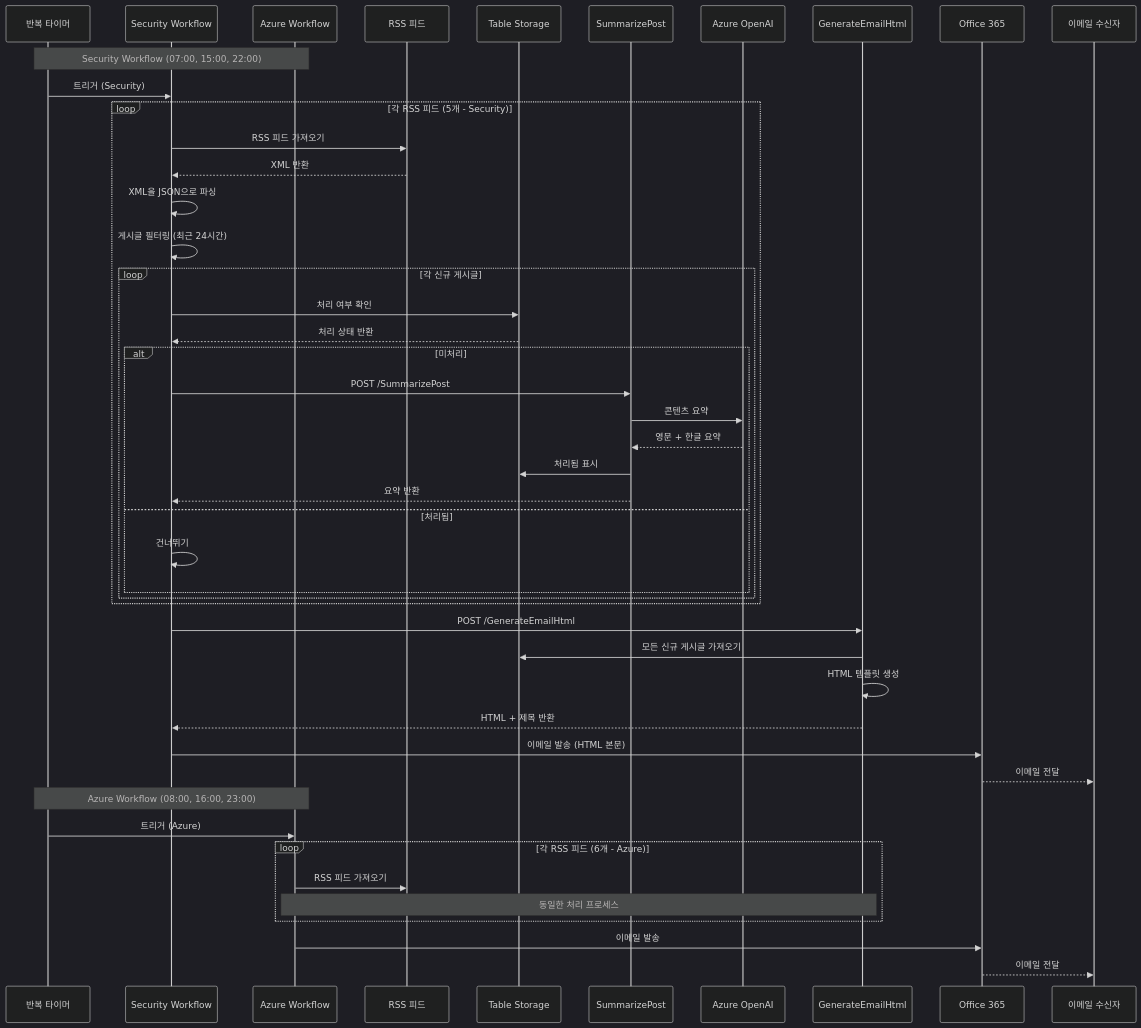
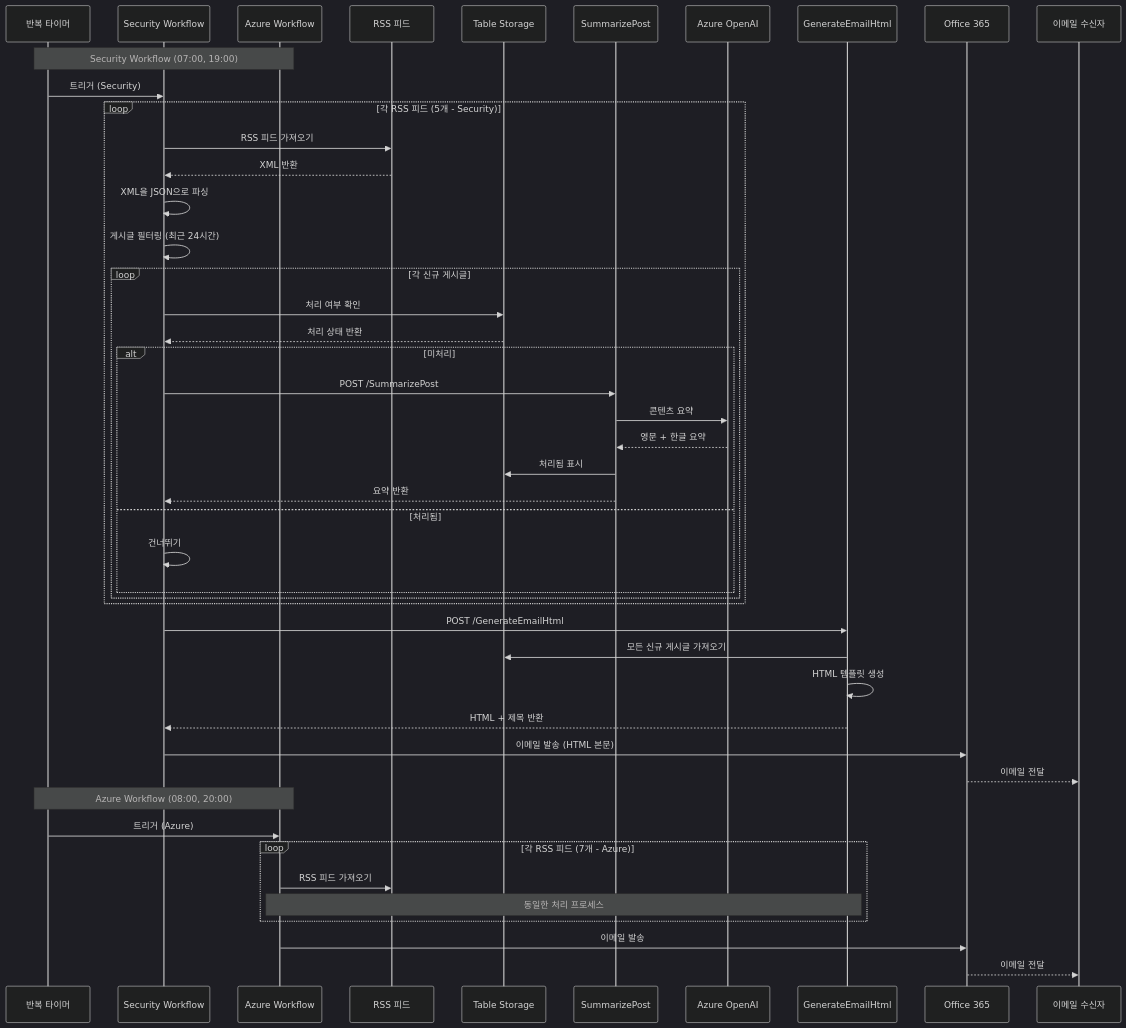
Before and after one commit to zer0big/azure-security-blog-automation: the third of 4 diagrams in docs/아키텍처.md, drawn with Mermaid (dark theme). The commit also changed other lines of this file and 9 other files, not shown here.

````diff
--- a/docs/아키텍처.md
+++ b/docs/아키텍처.md
@@ -163,56 +164,56 @@
 ```mermaid
 sequenceDiagram
     participant Timer as 반복 타이머
     participant LA1 as Security Workflow
     participant LA2 as Azure Workflow
     participant RSS as RSS 피드
     participant TS as Table Storage
     participant F1 as SummarizePost
     participant AOAI as Azure OpenAI
     participant F2 as GenerateEmailHtml
     participant O365 as Office 365
     participant User as 이메일 수신자
     
-    Note over Timer,LA2: Security Workflow (07:00, 15:00, 22:00)
+    Note over Timer,LA2: Security Workflow (07:00, 19:00)
     Timer->>LA1: 트리거 (Security)
     
     loop 각 RSS 피드 (5개 - Security)
         LA1->>RSS: RSS 피드 가져오기
         RSS-->>LA1: XML 반환
         LA1->>LA1: XML을 JSON으로 파싱
         LA1->>LA1: 게시글 필터링 (최근 24시간)
         
         loop 각 신규 게시글
             LA1->>TS: 처리 여부 확인
             TS-->>LA1: 처리 상태 반환
             
             alt 미처리
                 LA1->>F1: POST /SummarizePost
                 F1->>AOAI: 콘텐츠 요약
                 AOAI-->>F1: 영문 + 한글 요약
                 F1->>TS: 처리됨 표시
                 F1-->>LA1: 요약 반환
             else 처리됨
                 LA1->>LA1: 건너뛰기
             end
         end
     end
     
     LA1->>F2: POST /GenerateEmailHtml
     F2->>TS: 모든 신규 게시글 가져오기
     F2->>F2: HTML 템플릿 생성
     F2-->>LA1: HTML + 제목 반환
     LA1->>O365: 이메일 발송 (HTML 본문)
     O365-->>User: 이메일 전달
     
-    Note over Timer,LA2: Azure Workflow (08:00, 16:00, 23:00)
+    Note over Timer,LA2: Azure Workflow (08:00, 20:00)
     Timer->>LA2: 트리거 (Azure)
     
-    loop 각 RSS 피드 (6개 - Azure)
+    loop 각 RSS 피드 (7개 - Azure)
         LA2->>RSS: RSS 피드 가져오기
         Note over LA2,F2: 동일한 처리 프로세스
     end
     
     LA2->>O365: 이메일 발송
     O365-->>User: 이메일 전달
 ```
````
